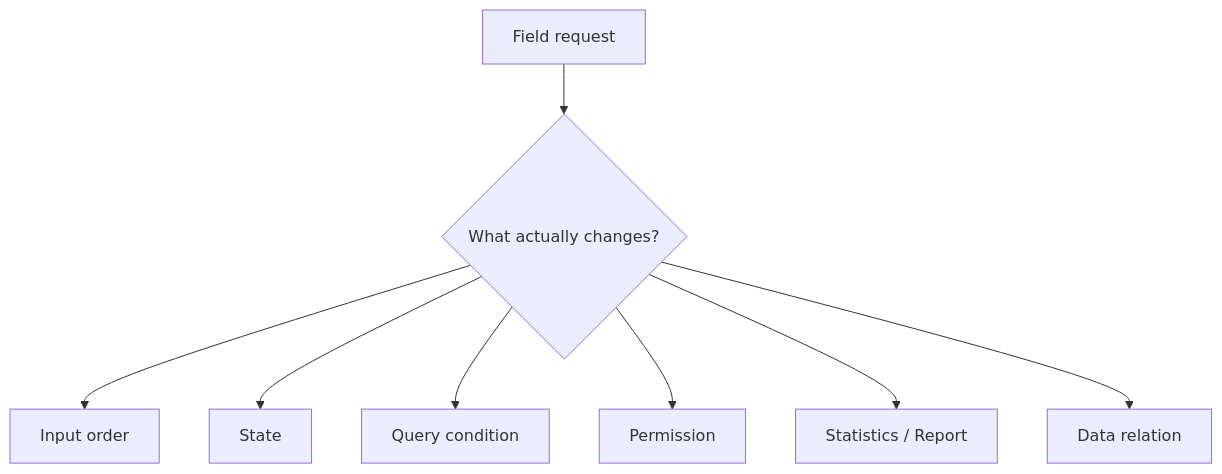
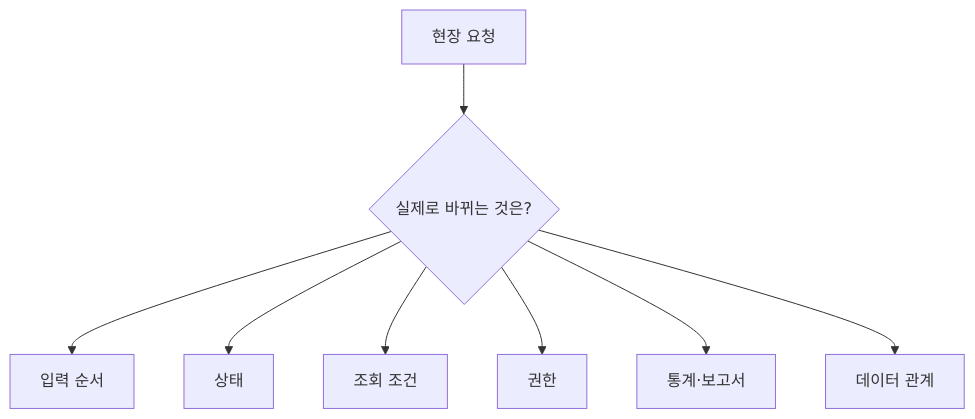
One commit to tomtomjskim/portfolio changed the diagram in cases/mes-requirement-modeling.md. Above: the diagram before and after it, drawn with Mermaid. The commit also changed other lines of this file and 12 other files, not shown here.

````diff
--- a/cases/mes-requirement-modeling.md
+++ b/cases/mes-requirement-modeling.md
@@ -19,10 +19,10 @@
 ```mermaid
 flowchart TD
-    R[Field request] --> Q{What actually changes?}
-    Q --> I[Input order]
-    Q --> S[State]
-    Q --> C[Query condition]
-    Q --> P[Permission]
-    Q --> T[Statistics / Report]
-    Q --> D[Data relation]
+    R[현장 요청] --> Q{실제로 바뀌는 것은?}
+    Q --> I[입력 순서]
+    Q --> S[상태]
+    Q --> C[조회 조건]
+    Q --> P[권한]
+    Q --> T[통계·보고서]
+    Q --> D[데이터 관계]
 ```
````
